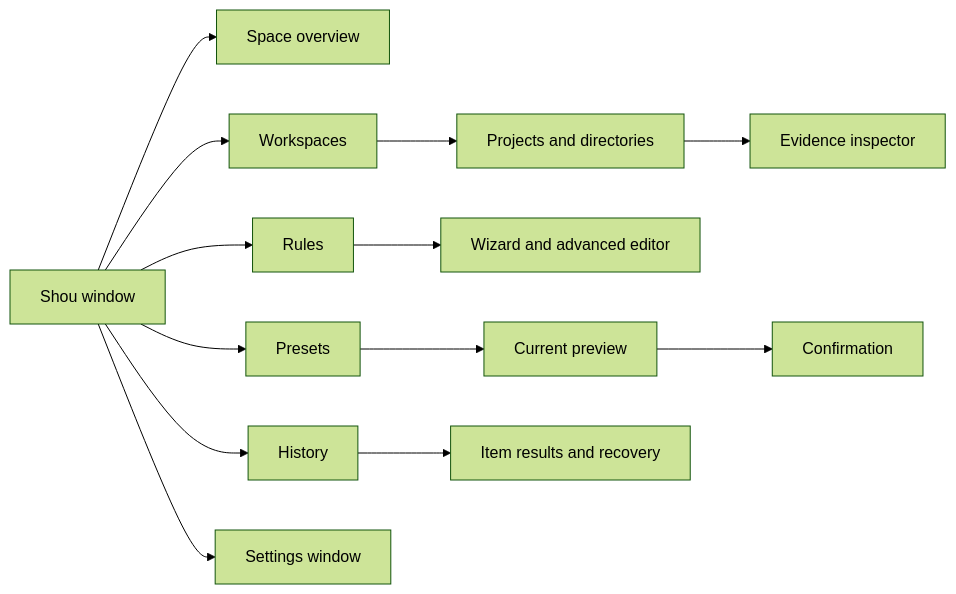
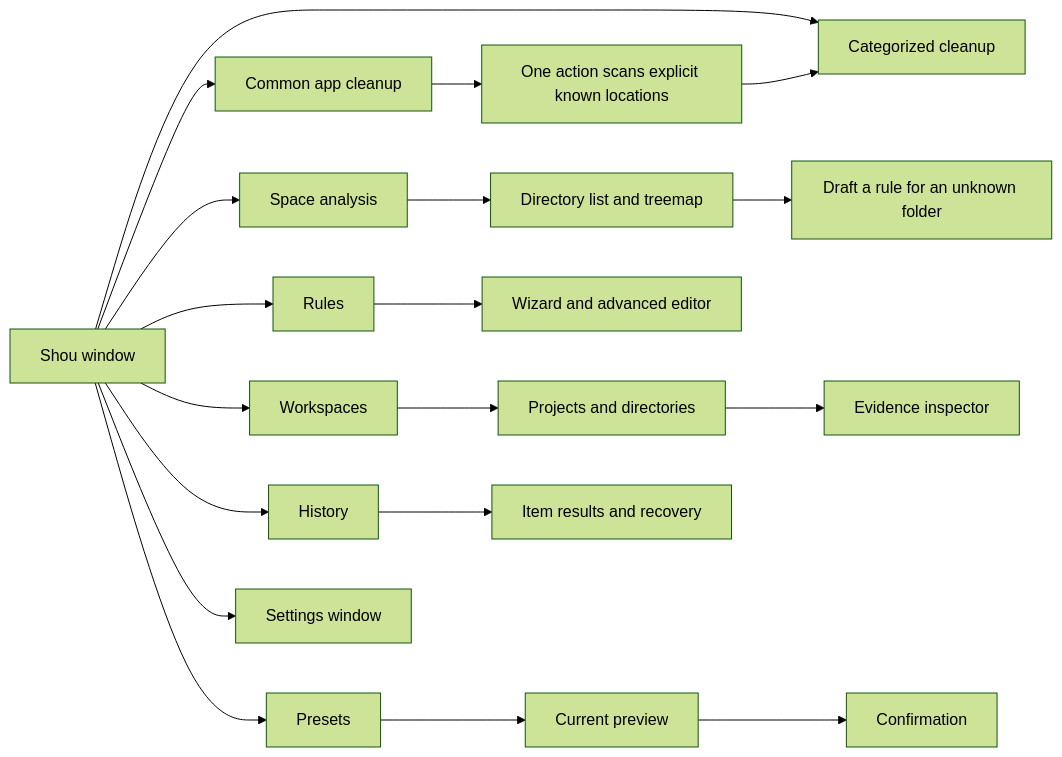
Before and after one commit to limecloud/shou: the first of 2 diagrams in docs/product/macos-experience.md, drawn with Mermaid (forest theme). The commit also changed other lines of this file and 136 other files, not shown here.

````diff
--- a/docs/product/macos-experience.md
+++ b/docs/product/macos-experience.md
@@ -13,15 +13,21 @@
 ```mermaid
 flowchart LR
-    App[Shou window] --> Overview[Space overview]
+    App[Shou window] --> Overview[Categorized cleanup]
+    App --> Common[Common app cleanup]
+    Common --> Inventory[One action scans explicit known locations]
+    Inventory --> Overview
+    App --> Analysis[Space analysis]
+    Analysis --> Browse[Directory list and treemap]
+    Browse --> Draft[Draft a rule for an unknown folder]
     App --> Workspaces[Workspaces]
     App --> Rules[Rules]
     App --> Presets[Presets]
     App --> History[History]
     Workspaces --> Projects[Projects and directories]
     Projects --> Inspector[Evidence inspector]
     Rules --> Editor[Wizard and advanced editor]
     Presets --> Preview[Current preview]
     Preview --> Confirm[Confirmation]
     History --> Receipt[Item results and recovery]
     App --> Settings[Settings window]
 ```
````
